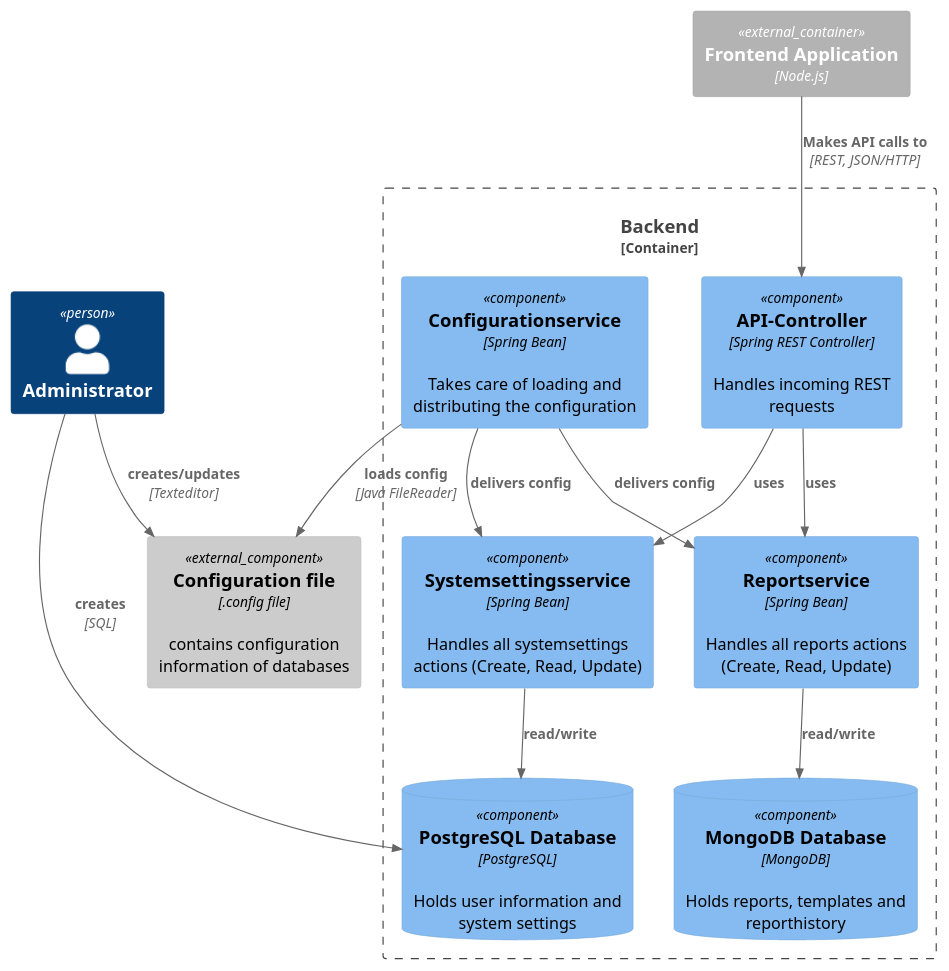
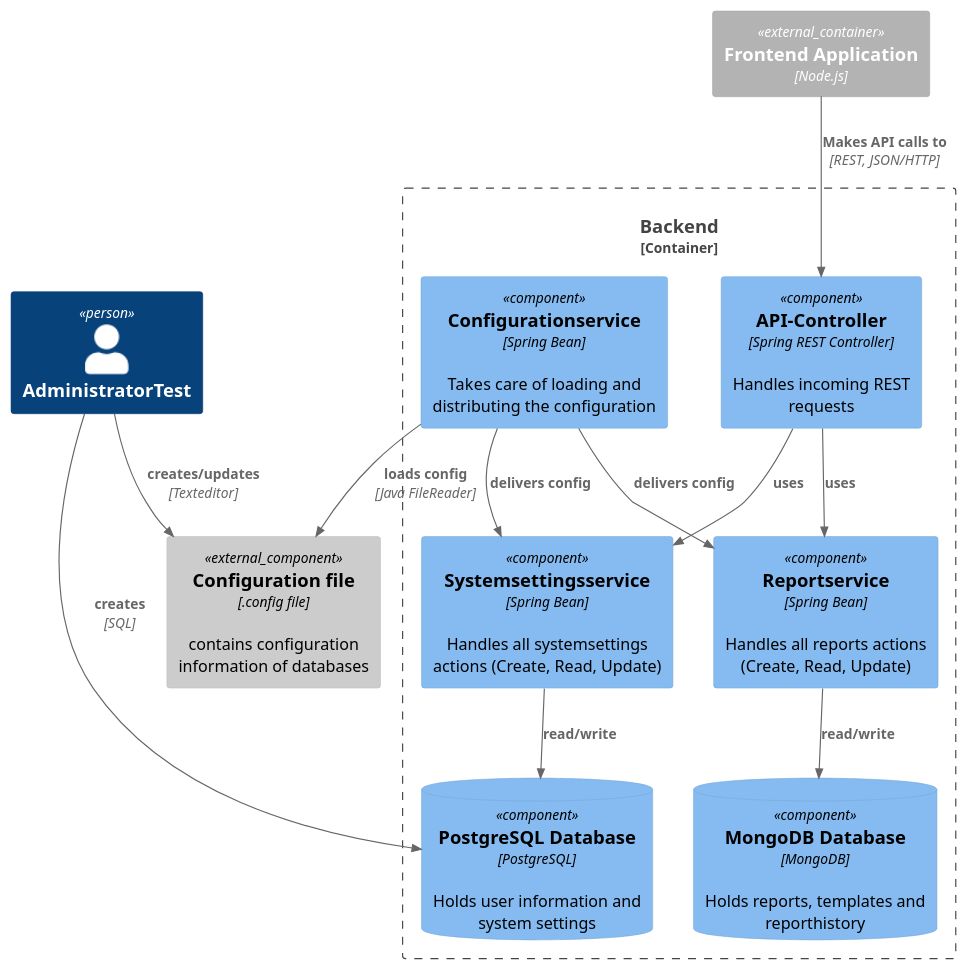
One commit to informatik-heilbronn/transparenz-cockpit changed the diagram in Documentation/Backend/C4_backend_architecture_level3.puml. Above: the diagram before and after it, drawn with PlantUML.

Commit message:
Testing PlantUML Pipeline / Trigger

```diff
--- a/Documentation/Backend/C4_backend_architecture_level3.puml
+++ b/Documentation/Backend/C4_backend_architecture_level3.puml
@@ -1,40 +1,40 @@
 @startuml Transparent_Backend
 !include https://raw.githubusercontent.com/plantuml-stdlib/C4-PlantUML/master/C4_Component.puml
 
-Person(admin, "Administrator")
+Person(admin, "AdministratorTest")
 
 Container_Ext(frontend, "Frontend Application", "Node.js")
 
 Container_Boundary(backend, "Backend"){
 
   Component(APIcontroller, "API-Controller", "Spring REST Controller", "Handles incoming REST requests ")
 
 
   Component(configurator, "Configurationservice", "Spring Bean", "Takes care of loading and distributing the configuration")
   Component(systemSettings, "Systemsettingsservice", "Spring Bean", "Handles all systemsettings actions (Create, Read, Update)")
   Component(projektReport, "Reportservice", "Spring Bean", "Handles all reports actions (Create, Read, Update)")
   
   
   ComponentDb(mongo_db, "MongoDB Database", "MongoDB", "Holds reports, templates and reporthistory")
   ComponentDb(postgre_db, "PostgreSQL Database", "PostgreSQL", "Holds user information and system settings")
 
 
 }
 
 Component_Ext(configFile, "Configuration file", ".config file", "contains configuration information of databases")
 
 Rel(frontend, APIcontroller, "Makes API calls to", "REST, JSON/HTTP")
 
 Rel(APIcontroller, systemSettings, "uses")
 Rel(APIcontroller, projektReport, "uses")
 
 Rel(configurator,configFile, "loads config", "Java FileReader")
 Rel(admin,configFile, "creates/updates", "Texteditor")
 
 Rel(configurator, systemSettings, "delivers config")
 Rel(configurator, projektReport, "delivers config")
 
 Rel(admin,postgre_db, "creates", "SQL")
 Rel(systemSettings, postgre_db, "read/write")
 Rel(projektReport, mongo_db, "read/write")
 @enduml
```
